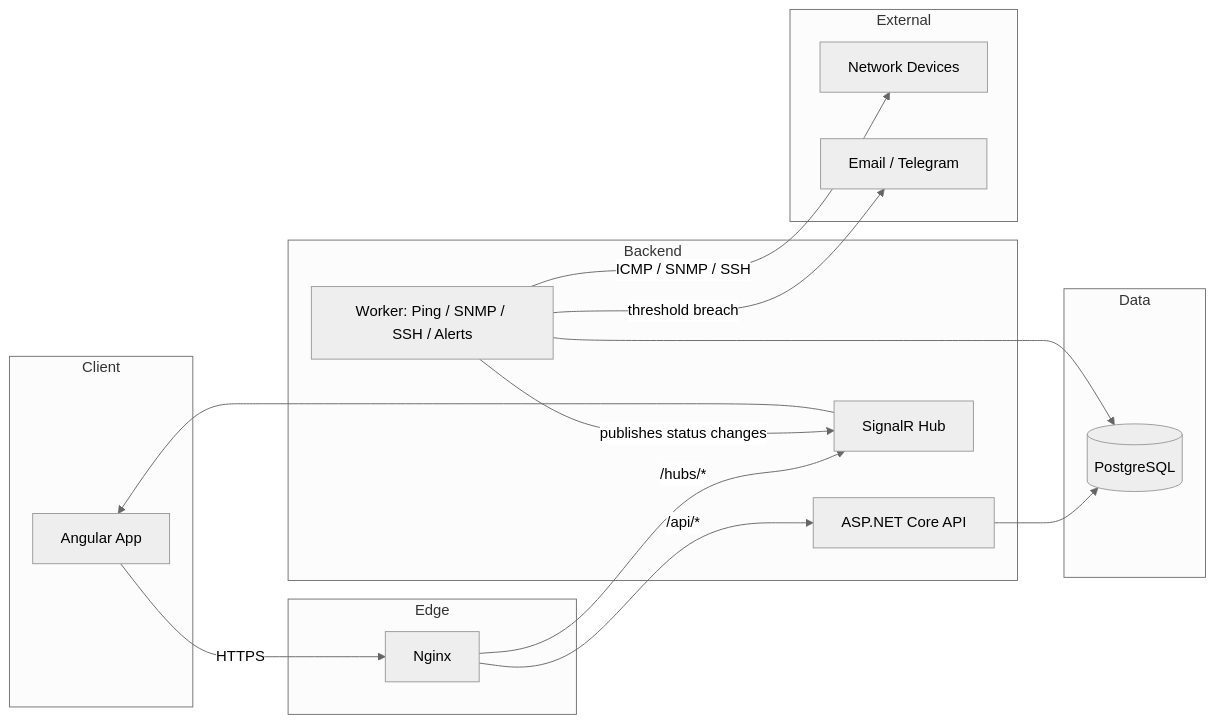
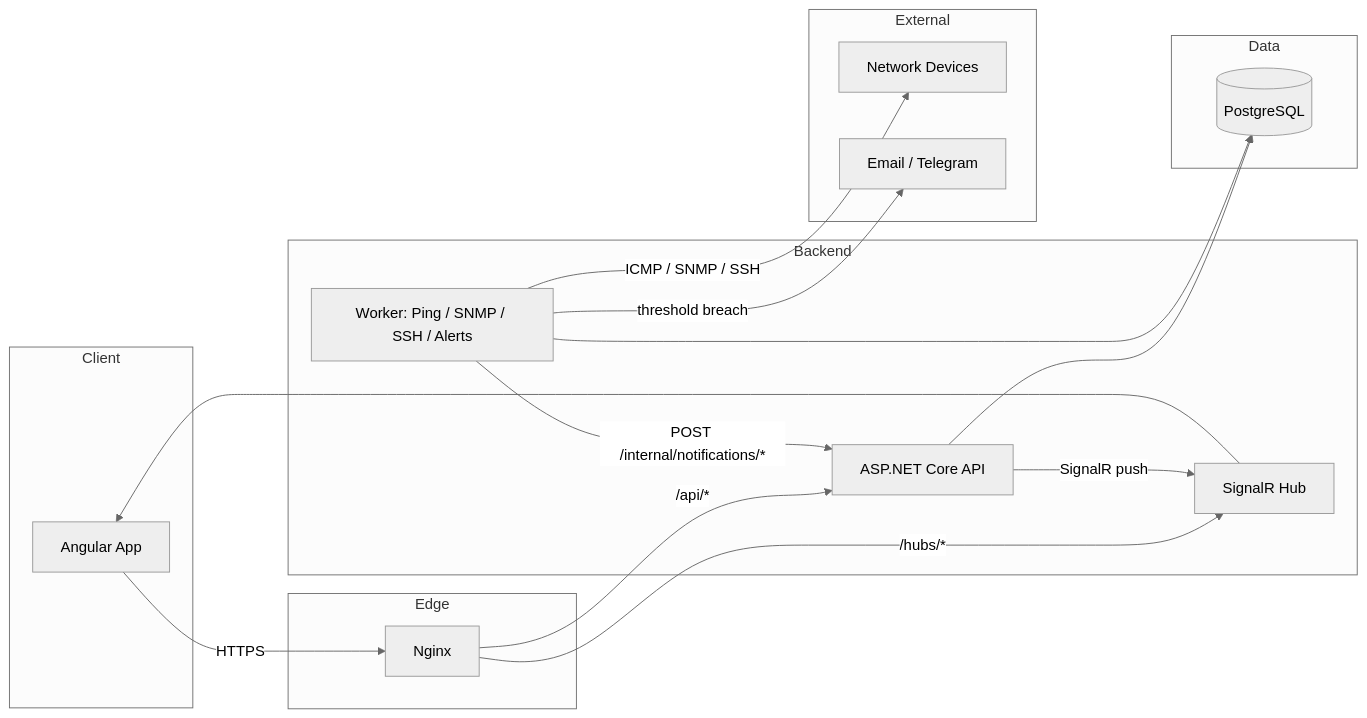
One commit to jonhan-npn/network-monitoring-system changed the diagram in docs/architecture.md. Above: the diagram before and after it, drawn with Mermaid (neutral theme). The commit also changed other lines of this file and 102 other files, not shown here.

````diff
--- a/docs/architecture.md
+++ b/docs/architecture.md
@@ -27,35 +29,36 @@
 ```mermaid
 flowchart LR
     subgraph Client
         A[Angular App]
     end
 
     subgraph Edge
         N[Nginx]
     end
 
     subgraph Backend
         API[ASP.NET Core API]
         HUB[SignalR Hub]
         W[Worker: Ping / SNMP / SSH / Alerts]
     end
 
     subgraph Data
         PG[(PostgreSQL)]
     end
 
     subgraph External
         DEV[Network Devices]
         MAIL[Email / Telegram]
     end
 
     A -- HTTPS --> N
     N -- "/api/*" --> API
     N -- "/hubs/*" --> HUB
     API --> PG
     HUB --> A
     W -- ICMP / SNMP / SSH --> DEV
     W --> PG
-    W -- publishes status changes --> HUB
+    W -- "POST /internal/notifications/*" --> API
+    API -- SignalR push --> HUB
     W -- threshold breach --> MAIL
 ```
````
